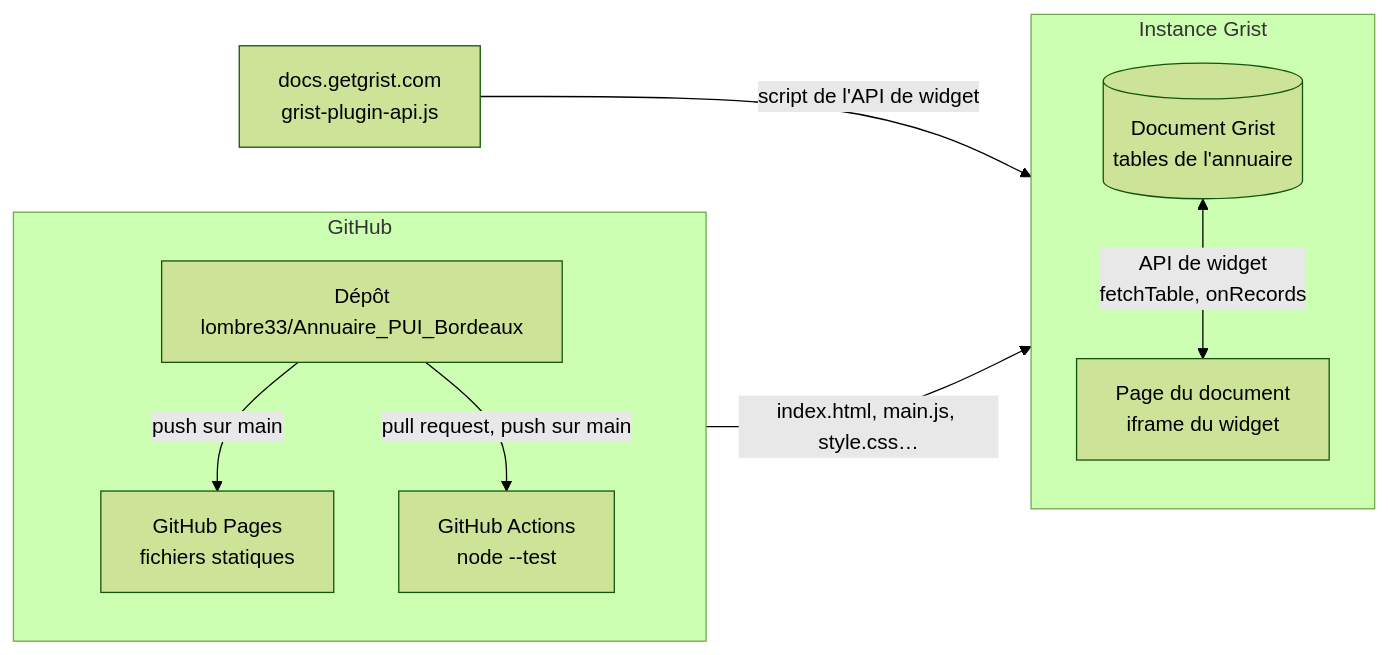
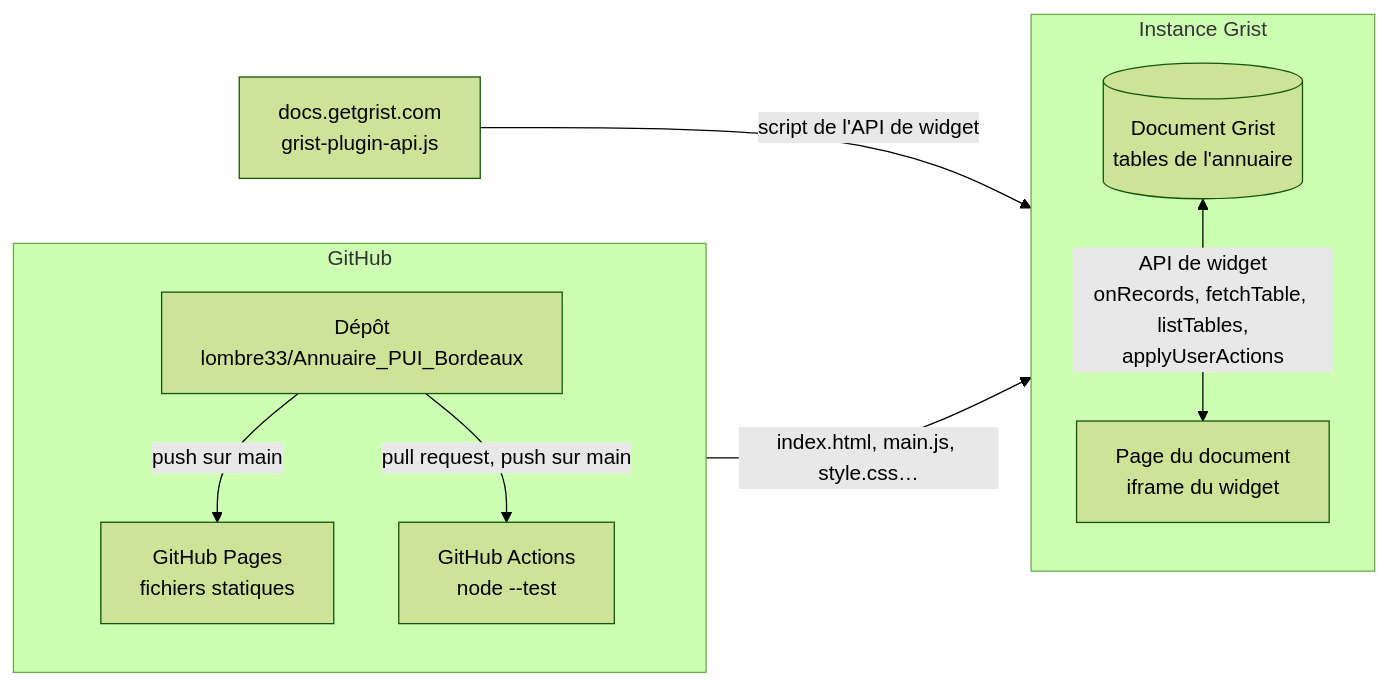
One commit to lombre33/Annuaire_PUI_Bordeaux changed the first of 5 diagrams in docs/developpeurs.md. Above: the diagram before and after it, drawn with Mermaid (forest theme). The commit also changed other lines of this file and 11 other files, not shown here.

````diff
--- a/docs/developpeurs.md
+++ b/docs/developpeurs.md
@@ -30,20 +31,20 @@
 ```mermaid
 flowchart LR
     subgraph grist["Instance Grist"]
         direction TB
         doc[("Document Grist<br/>tables de l'annuaire")]
         page["Page du document<br/>iframe du widget"]
-        doc <-->|"API de widget<br/>fetchTable, onRecords"| page
+        doc <-->|"API de widget<br/>onRecords, fetchTable, listTables,<br/>applyUserActions"| page
     end
     subgraph github["GitHub"]
         direction TB
         repo["Dépôt<br/>lombre33/Annuaire_PUI_Bordeaux"]
         pages["GitHub Pages<br/>fichiers statiques"]
         ci["GitHub Actions<br/>node --test"]
         repo -->|"push sur main"| pages
         repo -->|"pull request, push sur main"| ci
     end
     api["docs.getgrist.com<br/>grist-plugin-api.js"]
     pages -->|"index.html, main.js, style.css…"| page
     api -->|"script de l'API de widget"| page
 ```
````
